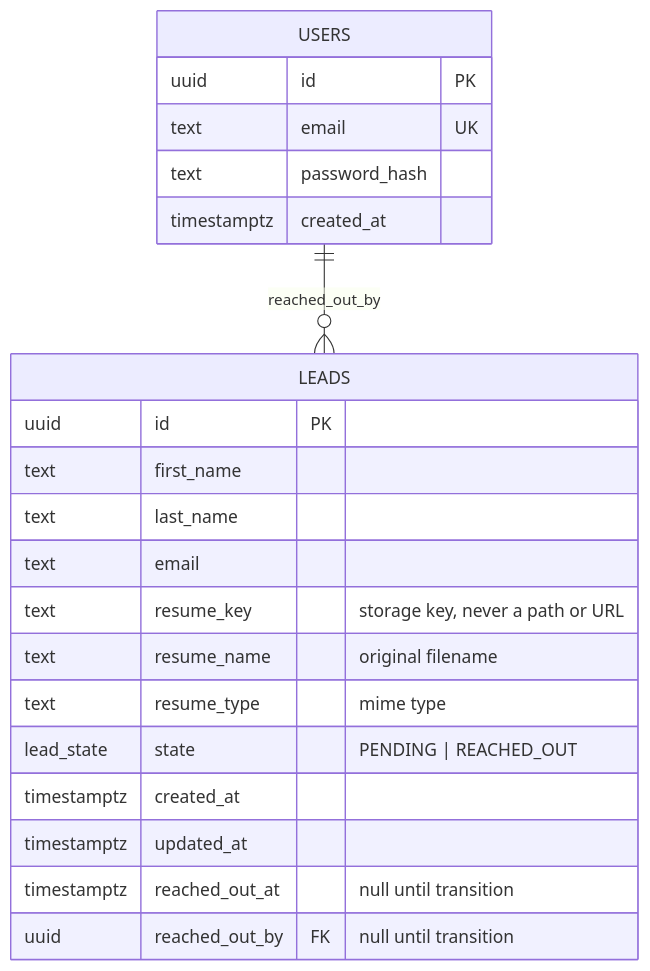
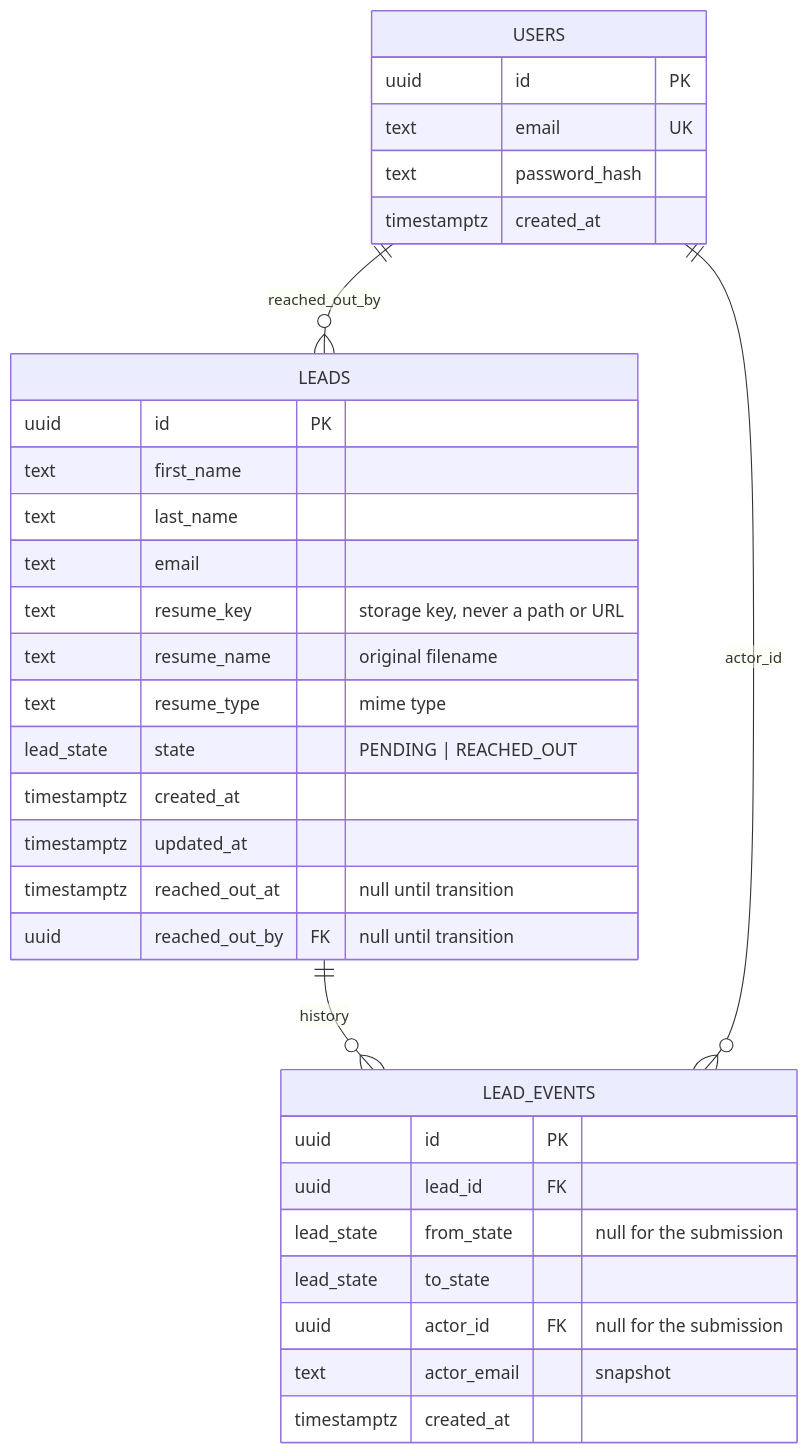
One commit to tech-cosmos/alma-assignment changed the second of 3 diagrams in docs/DESIGN.md. Above: the diagram before and after it, drawn with Mermaid. The commit also changed other lines of this file and 34 other files, not shown here.

````diff
--- a/docs/DESIGN.md
+++ b/docs/DESIGN.md
@@ -79,24 +79,35 @@
 ```mermaid
 erDiagram
     USERS ||--o{ LEADS : "reached_out_by"
+    LEADS ||--o{ LEAD_EVENTS : "history"
+    USERS ||--o{ LEAD_EVENTS : "actor_id"
     USERS {
         uuid id PK
         text email UK
         text password_hash
         timestamptz created_at
     }
     LEADS {
         uuid id PK
         text first_name
         text last_name
         text email
         text resume_key "storage key, never a path or URL"
         text resume_name "original filename"
         text resume_type "mime type"
         lead_state state "PENDING | REACHED_OUT"
         timestamptz created_at
         timestamptz updated_at
         timestamptz reached_out_at "null until transition"
         uuid reached_out_by FK "null until transition"
     }
+    LEAD_EVENTS {
+        uuid id PK
+        uuid lead_id FK
+        lead_state from_state "null for the submission"
+        lead_state to_state
+        uuid actor_id FK "null for the submission"
+        text actor_email "snapshot"
+        timestamptz created_at
+    }
 ```
````
